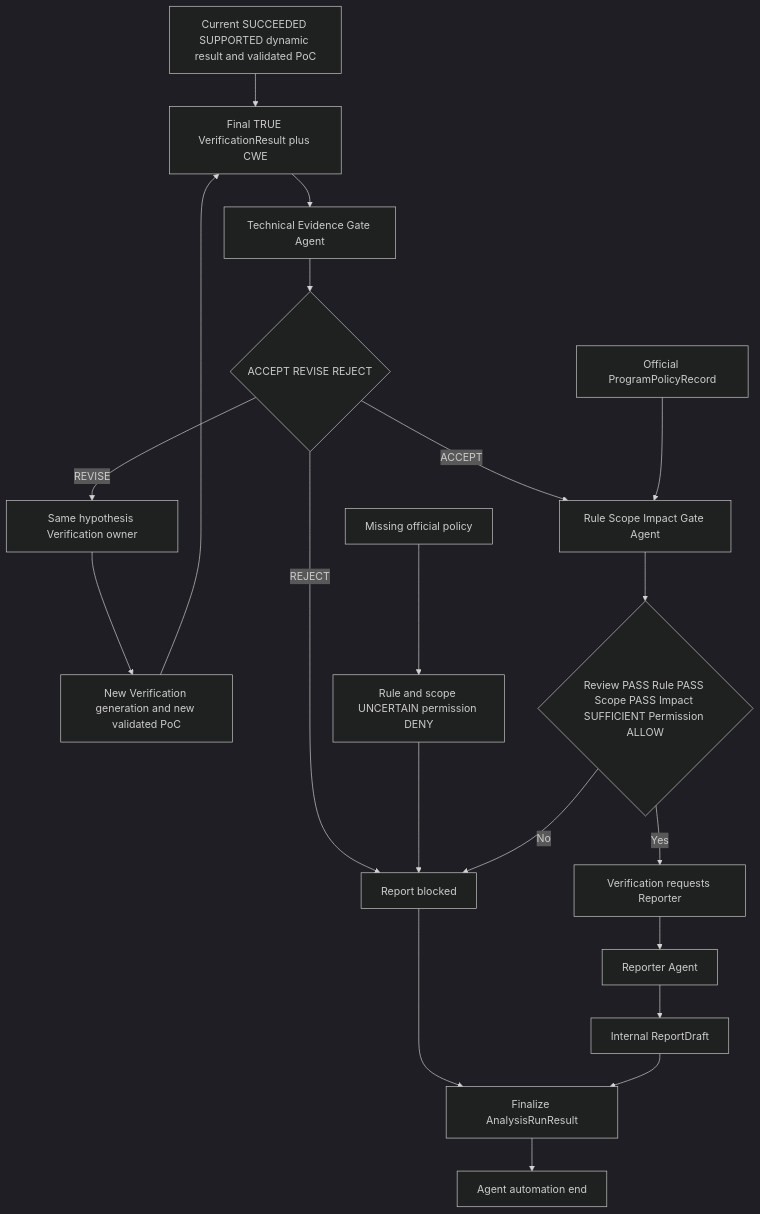
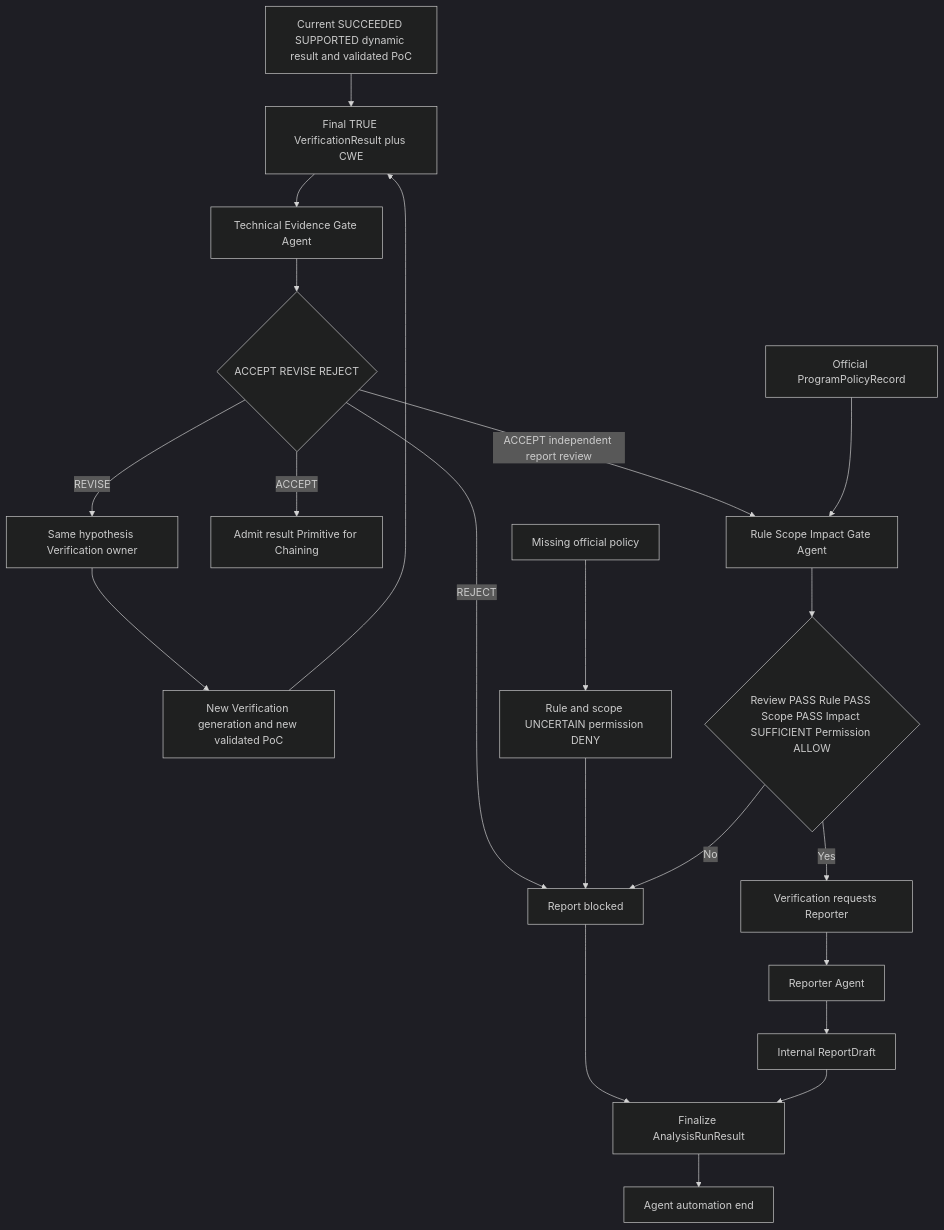
One commit to SASTsimi/sastsimi changed the sixth of 13 diagrams in docs/architecture-v5/13-architecture-diagrams.md. Above: the diagram before and after it, drawn with Mermaid (dark theme). The commit also changed other lines of this file and 34 other files, not shown here.

Commit message:
docs: unify Primitive chaining contracts

````diff
--- a/docs/architecture-v5/13-architecture-diagrams.md
+++ b/docs/architecture-v5/13-architecture-diagrams.md
@@ -231,22 +232,23 @@
 ```mermaid
 flowchart TB
     DYN[Current SUCCEEDED SUPPORTED dynamic result and validated PoC] --> VR[Final TRUE VerificationResult plus CWE]
     VR --> TECH[Technical Evidence Gate Agent]
     TECH --> TS{ACCEPT REVISE REJECT}
     TS -->|REVISE| BACK[Same hypothesis Verification owner]
     BACK --> NEWGEN[New Verification generation and new validated PoC]
     NEWGEN --> VR
     TS -->|REJECT| BLOCK[Report blocked]
-    TS -->|ACCEPT| RULE[Rule Scope Impact Gate Agent]
+    TS -->|ACCEPT| PRIMITIVE[Admit result Primitive for Chaining]
+    TS -->|ACCEPT independent report review| RULE[Rule Scope Impact Gate Agent]
     POLICY[Official ProgramPolicyRecord] --> RULE
     NOPOL[Missing official policy] --> UNCERTAIN[Rule and scope UNCERTAIN permission DENY]
     UNCERTAIN --> BLOCK
     RULE --> READY{Review PASS Rule PASS Scope PASS Impact SUFFICIENT Permission ALLOW}
     READY -->|No| BLOCK
     READY -->|Yes| RREQ[Verification requests Reporter]
     RREQ --> REPORTER[Reporter Agent]
     REPORTER --> DRAFT[Internal ReportDraft]
     BLOCK --> FINAL[Finalize AnalysisRunResult]
     DRAFT --> FINAL
     FINAL --> END[Agent automation end]
 ```
````
